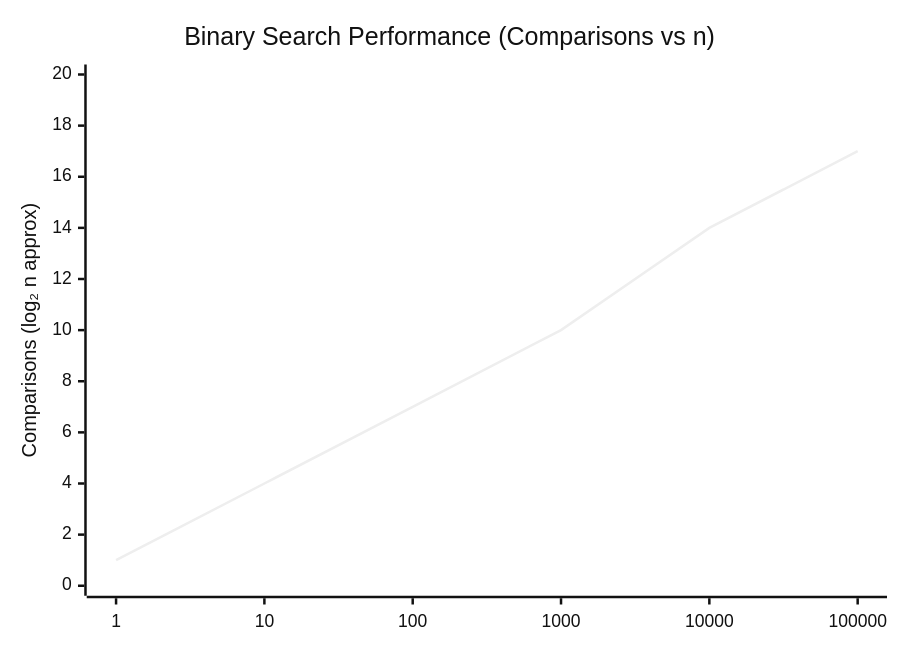
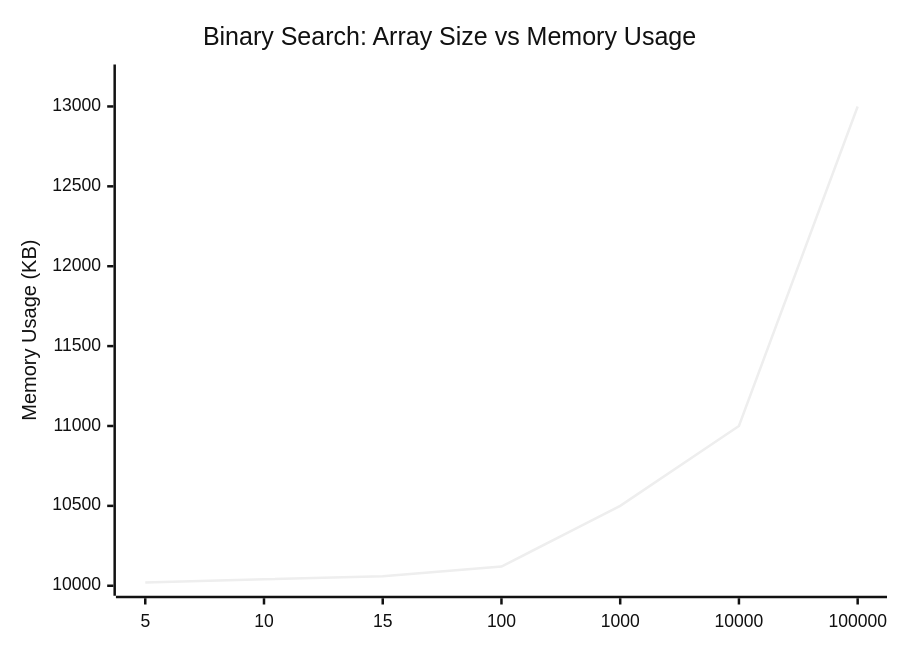
One commit to Vortex-16/DAA changed the third of 6 diagrams in BinarySearch(Sorting)/README.md. Above: the diagram before and after it, drawn with Mermaid (neutral theme). The commit also changed other lines of this file, not shown here.

Commit message:
Graph Updated For Q1

````diff
--- a/BinarySearch(Sorting)/README.md
+++ b/BinarySearch(Sorting)/README.md
@@ -253,7 +263,7 @@
 ```mermaid
 xychart-beta
-    title "Binary Search Performance (Comparisons vs n)"
-    x-axis ["1", "10", "100", "1000", "10000", "100000"]
-    y-axis "Comparisons (log₂ n approx)" 0 --> 20
-    line [1, 4, 7, 10, 14, 17]
+    title "Binary Search: Array Size vs Memory Usage"
+    x-axis ["5", "10", "15", "100", "1000", "10000", "100000"]
+    y-axis "Memory Usage (KB)" 10000 --> 13200
+    line [10020, 10040, 10060, 10120, 10500, 11000, 13000]
 ```
````
